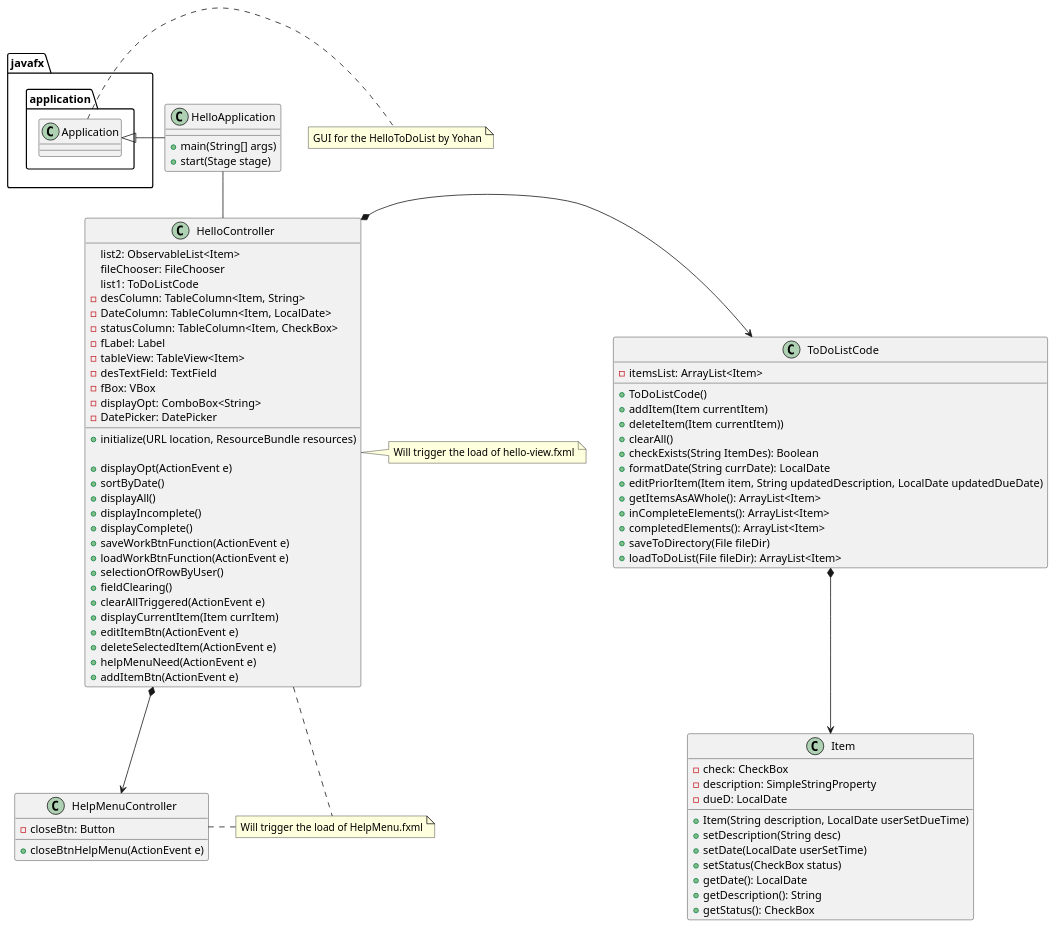
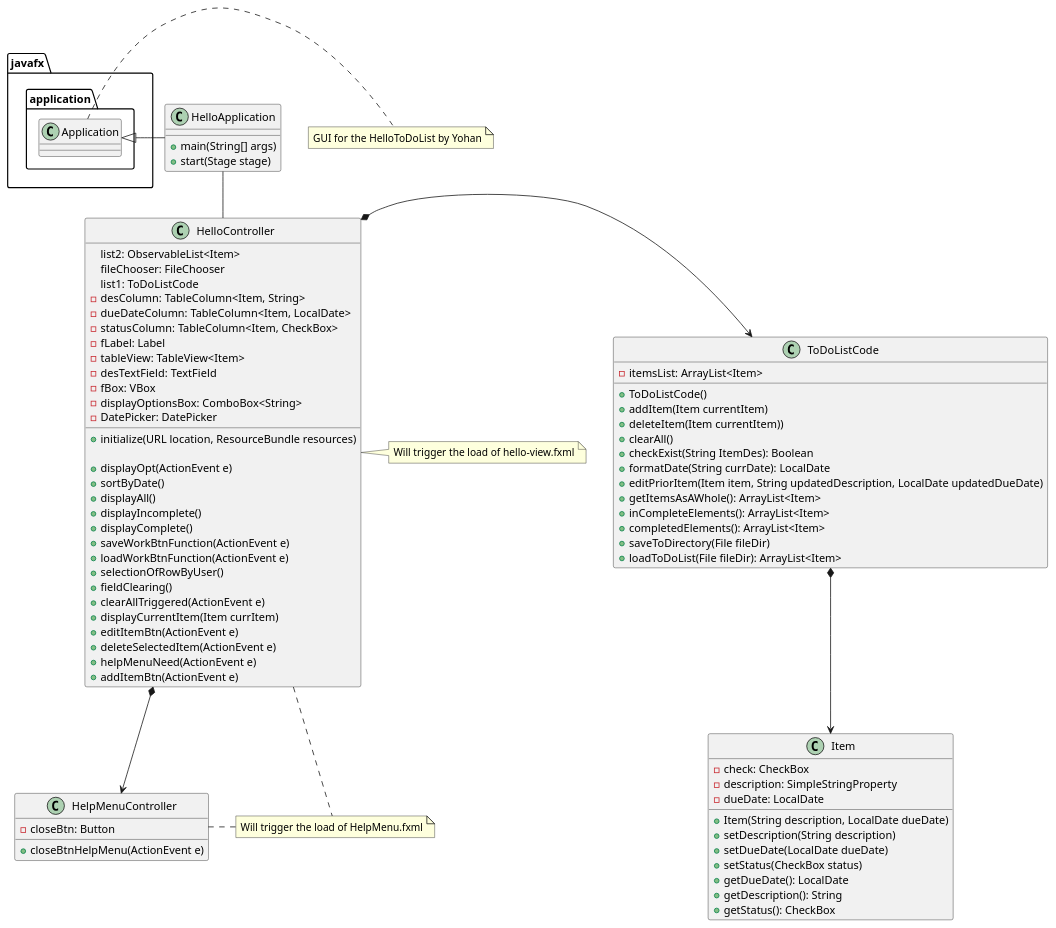
One commit to YHmaiti/ToDoList-Manager-Application changed the diagram in uml/ToDoListHelloApp.puml. Above: the diagram before and after it, drawn with PlantUML.

```diff
--- a/uml/ToDoListHelloApp.puml
+++ b/uml/ToDoListHelloApp.puml
@@ -6,106 +6,106 @@
 @startuml
 note "Will trigger the load of hello-view.fxml" as mainService
 note "Will trigger the load of HelpMenu.fxml" as HelperService
 note "GUI for the HelloToDoList by Yohan" as GUI
 
 HelloApplication -- HelloController
 HelloController *--> HelpMenuController
 javafx.application.Application <|- HelloApplication
 HelloController *-> ToDoListCode
 ToDoListCode *--> Item
 
 class HelloController{
     'these will be changed later as the name of the variables wasn't chosen yet
     list2: ObservableList<Item>
     fileChooser: FileChooser
     'announce the proper FXML components of the HelloToDoList manager app by Yohan
     list1: ToDoListCode
     - desColumn: TableColumn<Item, String>
-    - DateColumn: TableColumn<Item, LocalDate>
+    - dueDateColumn: TableColumn<Item, LocalDate>
     - statusColumn: TableColumn<Item, CheckBox>
     - fLabel: Label
     - tableView: TableView<Item>
     - desTextField: TextField
     - fBox: VBox
-    - displayOpt: ComboBox<String>
+    - displayOptionsBox: ComboBox<String>
     - DatePicker: DatePicker
 
     'announce the overridden method initialize
     +initialize(URL location, ResourceBundle resources)
 
     'Remaining Methods
     +displayOpt(ActionEvent e)
     +sortByDate()
     +displayAll()
     +displayIncomplete()
     +displayComplete()
     +saveWorkBtnFunction(ActionEvent e)
     +loadWorkBtnFunction(ActionEvent e)
     +selectionOfRowByUser()
     +fieldClearing()
     +clearAllTriggered(ActionEvent e)
     +displayCurrentItem(Item currItem)
     +editItemBtn(ActionEvent e)
     +deleteSelectedItem(ActionEvent e)
     +helpMenuNeed(ActionEvent e)
     +addItemBtn(ActionEvent e)
 
 }
 
 class ToDoListCode{
 
     'constructor
     +ToDoListCode()
     'reflect the private array list instance of type Item
     -itemsList: ArrayList<Item>
     'Methods
     +addItem(Item currentItem)
     +deleteItem(Item currentItem))
     +clearAll()
-    +checkExists(String ItemDes): Boolean
+    +checkExist(String ItemDes): Boolean
     +formatDate(String currDate): LocalDate
     +editPriorItem(Item item, String updatedDescription, LocalDate updatedDueDate)
     +getItemsAsAWhole(): ArrayList<Item>
     +inCompleteElements(): ArrayList<Item>
     +completedElements(): ArrayList<Item>
     +saveToDirectory(File fileDir)
     +loadToDoList(File fileDir): ArrayList<Item>
 
 }
 
 class HelloApplication{
 
     +main(String[] args)
     +start(Stage stage)
 
 }
 
 class HelpMenuController{
 
     -closeBtn: Button
     +closeBtnHelpMenu(ActionEvent e)
 
 }
 
 class Item{
 
     'variables proper to the class (instances)
     -check: CheckBox
     -description: SimpleStringProperty
-    -dueD: LocalDate
+    -dueDate: LocalDate
     'show the multiple setters, getters and constructor of the Item class
-    +Item(String description, LocalDate userSetDueTime)
-    +setDescription(String desc)
-    +setDate(LocalDate userSetTime)
+    +Item(String description, LocalDate dueDate)
+    +setDescription(String description)
+    +setDueDate(LocalDate dueDate)
     +setStatus(CheckBox status)
-    +getDate(): LocalDate
+    +getDueDate(): LocalDate
     +getDescription(): String
     +getStatus(): CheckBox
 
 }
 
 javafx.application.Application.GUI
 HelpMenuController . HelperService
 HelloController . mainService
 HelloController . HelperService
 @enduml
```
